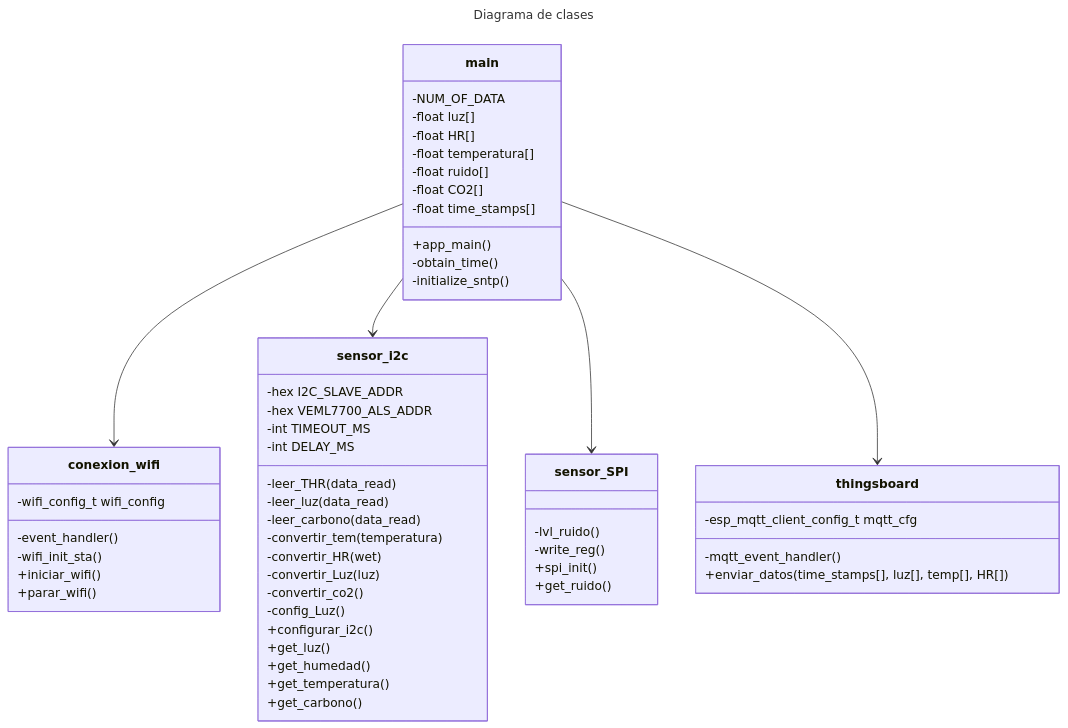
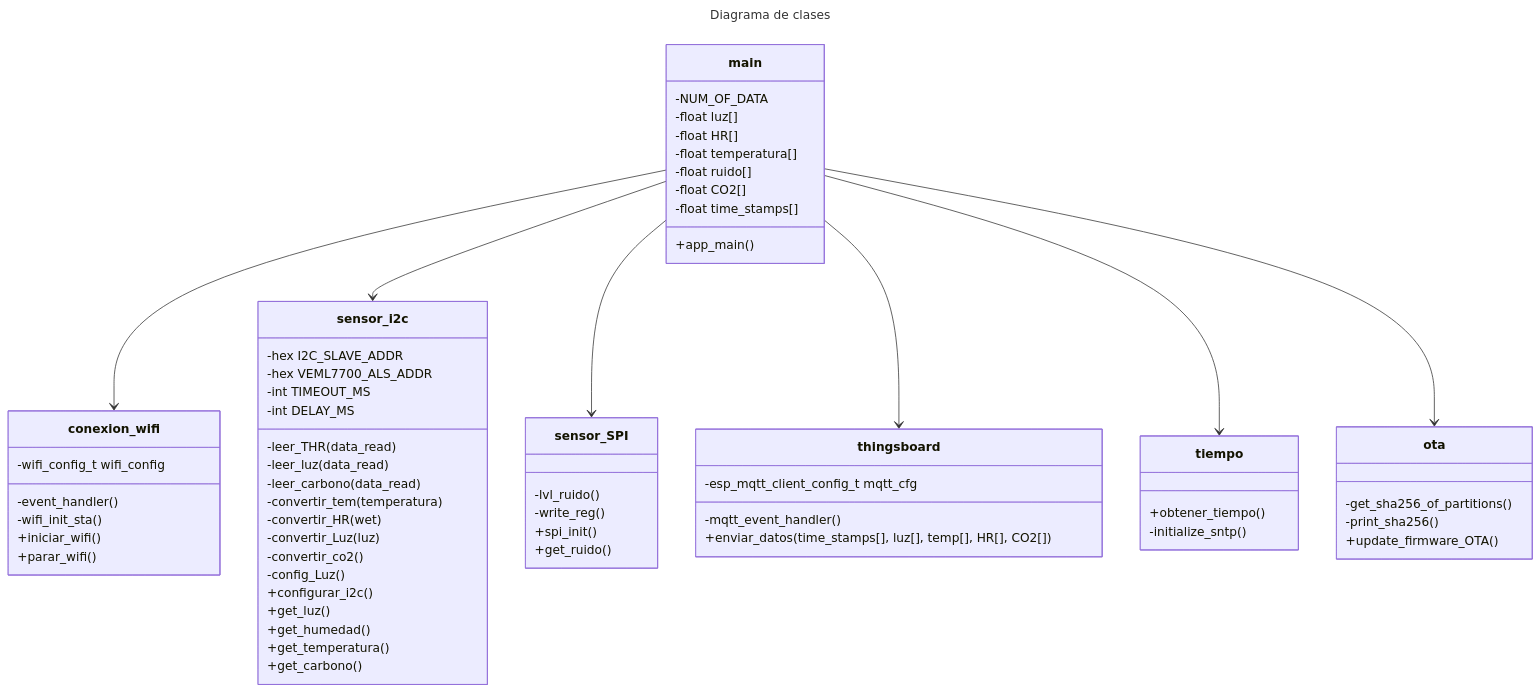
Before and after one commit to ftmariio09/repo_SBC: the diagram in documentacion/diagrama_clases.md, drawn with Mermaid. The commit also changed 1176 other files, not shown here.

````diff
--- a/documentacion/diagrama_clases.md
+++ b/documentacion/diagrama_clases.md
@@ -3,69 +3,82 @@
 ```mermaid
 ---
 title: Diagrama de clases
 ---
 classDiagram
     class main{
         -NUM_OF_DATA
         -float luz[]
         -float HR[]
         -float temperatura[]
         -float ruido[]
         -float CO2[]
         -float time_stamps[]
         
         +app_main()
-        -obtain_time()
-        -initialize_sntp()
+
 
     }
 
     class conexion_wifi{
         -wifi_config_t wifi_config
 
         -event_handler()
         -wifi_init_sta()
         +iniciar_wifi()
         +parar_wifi()
     }
 
     class sensor_i2c{
         -hex I2C_SLAVE_ADDR
         -hex VEML7700_ALS_ADDR
         -int TIMEOUT_MS
         -int DELAY_MS
 
         -leer_THR(data_read)
         -leer_luz(data_read)
         -leer_carbono(data_read)
         -convertir_tem(temperatura)
         -convertir_HR(wet)
         -convertir_Luz(luz)
         -convertir_co2()
         -config_Luz()
         +configurar_i2c()
         +get_luz()
         +get_humedad()
         +get_temperatura()
         +get_carbono()
     }
 
     class sensor_SPI{
         -lvl_ruido()
         -write_reg()
         +spi_init()
         +get_ruido()
     }
 
     class thingsboard{
         -esp_mqtt_client_config_t mqtt_cfg
         -mqtt_event_handler()
-        +enviar_datos(time_stamps[], luz[], temp[], HR[])
+        +enviar_datos(time_stamps[], luz[], temp[], HR[], CO2[])
+    }
+
+    class tiempo{
+        +obtener_tiempo()
+        -initialize_sntp()
+    }
+
+    class ota{
+        -get_sha256_of_partitions()
+        -print_sha256()
+        +update_firmware_OTA()
     }
 
     main --> conexion_wifi
     main --> sensor_i2c
     main --> sensor_SPI
     main --> thingsboard
+    main --> tiempo
+    main --> ota
+
 
 ```
````
